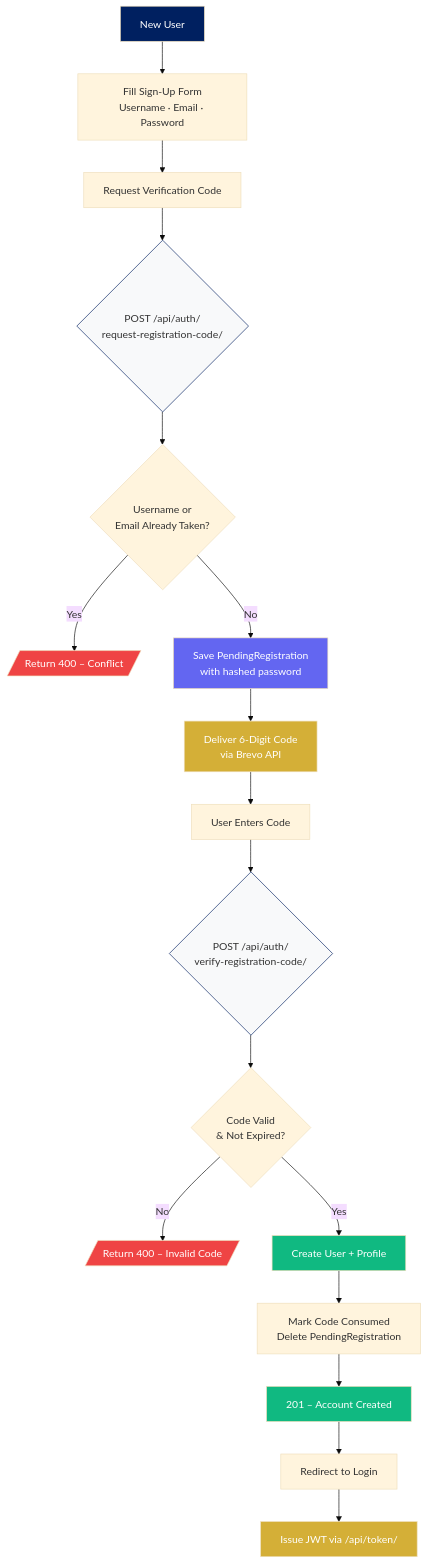
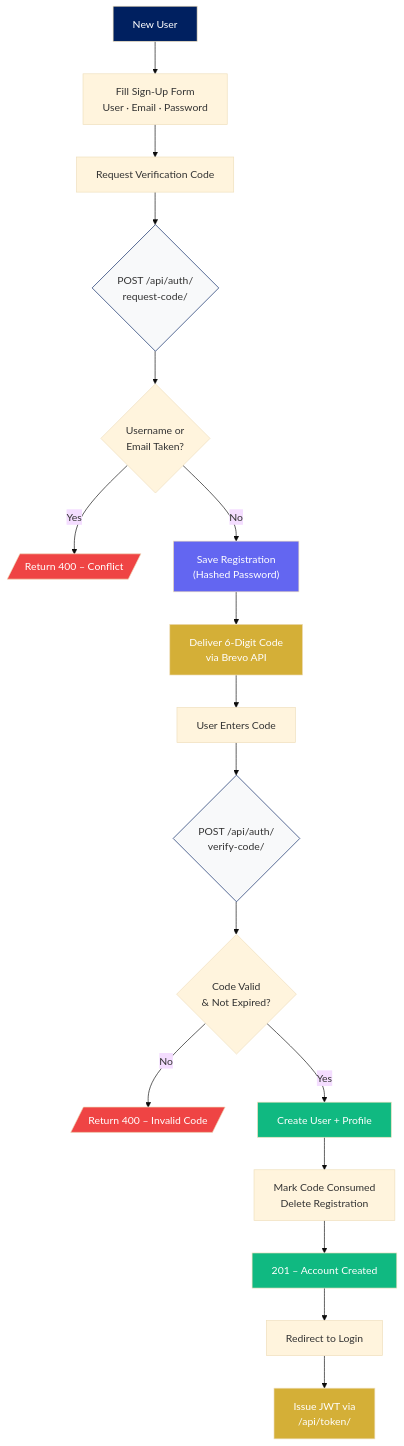
Diagram 15 of 16 in README.md (binssente-crypto/PAYROLL-DOCUMENTATION), drawn with Mermaid (base theme) before and after one commit. The commit also changed other lines of this file, not shown here.

Commit message:
Update README.md for improved formatting

````diff
--- a/README.md
+++ b/README.md
@@ -795,30 +795,30 @@
 ```mermaid
 flowchart TD
-    VISITOR[New User] --> FORM[Fill Sign-Up Form\nUsername · Email · Password]
+    VISITOR[New User] --> FORM["Fill Sign-Up Form<br/>User · Email · Password"]
     FORM --> SEND[Request Verification Code]
-    SEND --> API{POST /api/auth/\nrequest-registration-code/}
-    API --> EXIST{Username or\nEmail Already Taken?}
+    SEND --> API{"POST /api/auth/<br/>request-code/"}
+    API --> EXIST{Username or<br/>Email Taken?}
     EXIST -- Yes --> ERR1[/Return 400 – Conflict/]
-    EXIST -- No --> PEND[Save PendingRegistration\nwith hashed password]
-    PEND --> EMAIL[Deliver 6-Digit Code\nvia Brevo API]
+    EXIST -- No --> PEND["Save Registration<br/>(Hashed Password)"]
+    PEND --> EMAIL["Deliver 6-Digit Code<br/>via Brevo API"]
     EMAIL --> STEP2[User Enters Code]
-    STEP2 --> VERIFY{POST /api/auth/\nverify-registration-code/}
-    VERIFY --> CODE{Code Valid\n& Not Expired?}
+    STEP2 --> VERIFY{"POST /api/auth/<br/>verify-code/"}
+    VERIFY --> CODE{Code Valid<br/>& Not Expired?}
     CODE -- No --> ERR2[/Return 400 – Invalid Code/]
     CODE -- Yes --> CREATE[Create User + Profile]
-    CREATE --> CONSUME[Mark Code Consumed\nDelete PendingRegistration]
+    CREATE --> CONSUME["Mark Code Consumed<br/>Delete Registration"]
     CONSUME --> DONE[201 – Account Created]
     DONE --> LOGIN[Redirect to Login]
-    LOGIN --> JWT[Issue JWT via /api/token/]
+    LOGIN --> JWT["Issue JWT via<br/>/api/token/"]
 
     style VISITOR fill:#002060,color:#fff
     style PEND fill:#6366f1,color:#fff
     style EMAIL fill:#D4AF37,color:#fff
     style CREATE fill:#10b981,color:#fff
     style DONE fill:#10b981,color:#fff
     style ERR1 fill:#ef4444,color:#fff
     style ERR2 fill:#ef4444,color:#fff
     style JWT fill:#D4AF37,color:#fff
     style API fill:#f8f9fa,stroke:#002060
     style VERIFY fill:#f8f9fa,stroke:#002060
 ```
````
